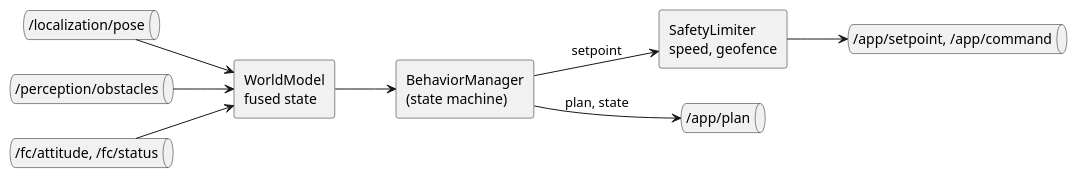
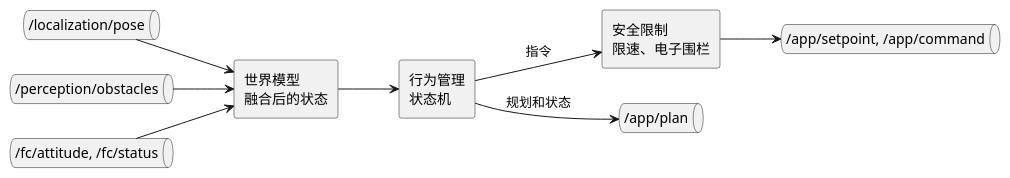
One commit to ravii/ruhnix-flight-system changed the diagram in docs/diagrams/applog-app-internals.puml. Above: the diagram before and after it, drawn with PlantUML. The commit also changed 12 other files, not shown here.

First line of the commit message:
docs: Chinese PlantUML diagrams without ":" in element names

```diff
--- a/docs/diagrams/applog-app-internals.puml
+++ b/docs/diagrams/applog-app-internals.puml
@@ -1,23 +1,23 @@
 @startuml
 ' rfs-diagram: applog-app-internals
 skinparam componentStyle rectangle
 skinparam shadowing false
 
 left to right direction
 queue "/localization/pose" as T1
 queue "/perception/obstacles" as T2
 queue "/fc/attitude, /fc/status" as T3
-component "WorldModel\nfused state" as WM
-component "BehaviorManager\n(state machine)" as BM
-component "SafetyLimiter\nspeed, geofence" as SL
+component "世界模型\n融合后的状态" as WM
+component "行为管理\n状态机" as BM
+component "安全限制\n限速、电子围栏" as SL
 queue "/app/setpoint, /app/command" as OUT
 queue "/app/plan" as PLAN
 
 T1 --> WM
 T2 --> WM
 T3 --> WM
 WM --> BM
-BM --> SL : setpoint
-BM --> PLAN : plan, state
+BM --> SL : 指令
+BM --> PLAN : 规划和状态
 SL --> OUT
 @enduml
```
